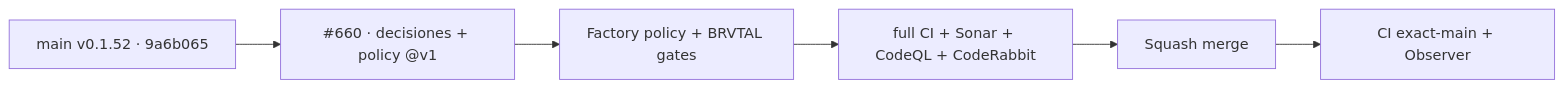
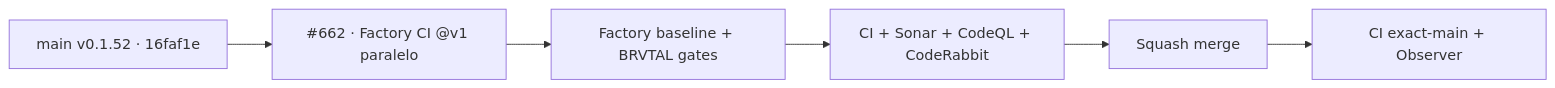
Before and after one commit to pl0n3r/brvtal: the diagram in README.md, drawn with Mermaid. The commit also changed other lines of this file and 2 other files, not shown here.

First line of the commit message:
ci(factory): run reusable Factory CI in parallel (#663)

````diff
--- a/README.md
+++ b/README.md
@@ -52,7 +53,7 @@
 ```mermaid
 flowchart LR
-  B["main v0.1.52 · 9a6b065"] --> P["#660 · decisiones + policy @v1"]
-  P --> G["Factory policy + BRVTAL gates"]
-  G --> C["full CI + Sonar + CodeQL + CodeRabbit"]
+  B["main v0.1.52 · 16faf1e"] --> P["#662 · Factory CI @v1 paralelo"]
+  P --> G["Factory baseline + BRVTAL gates"]
+  G --> C["CI + Sonar + CodeQL + CodeRabbit"]
   C --> M["Squash merge"] --> V["CI exact-main + Observer"]
 ```
````
